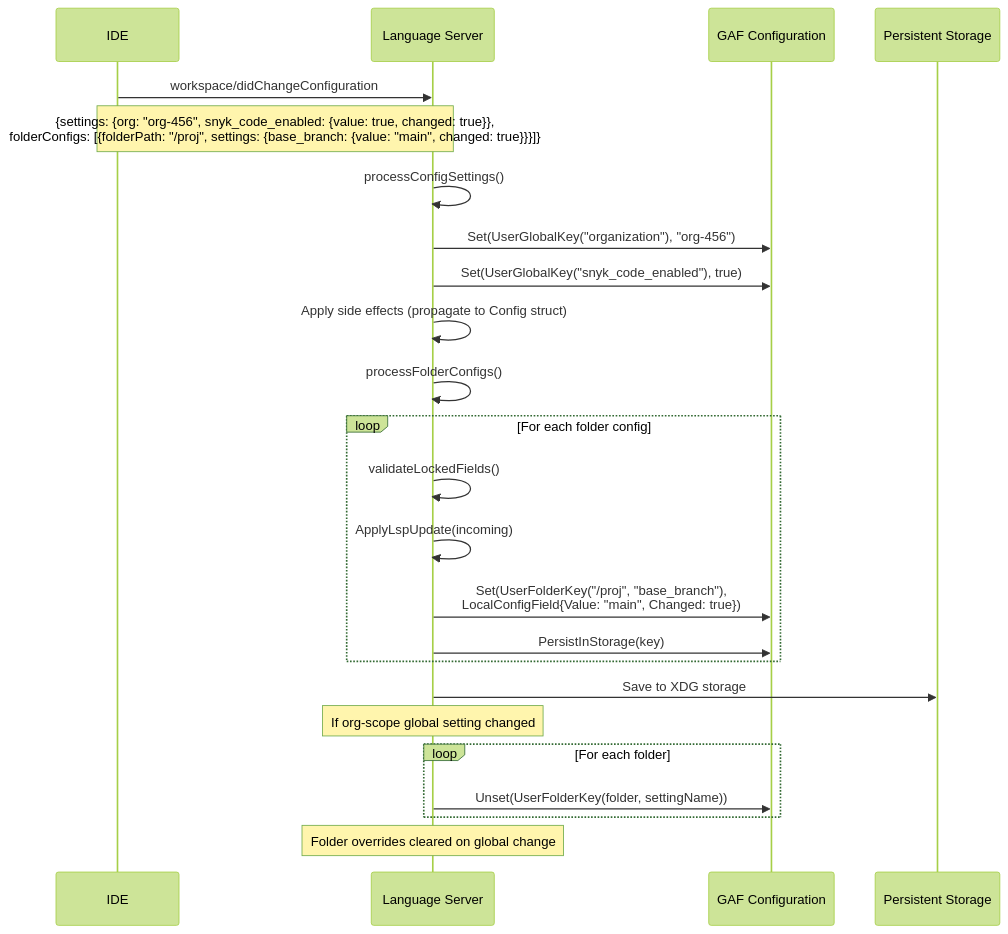
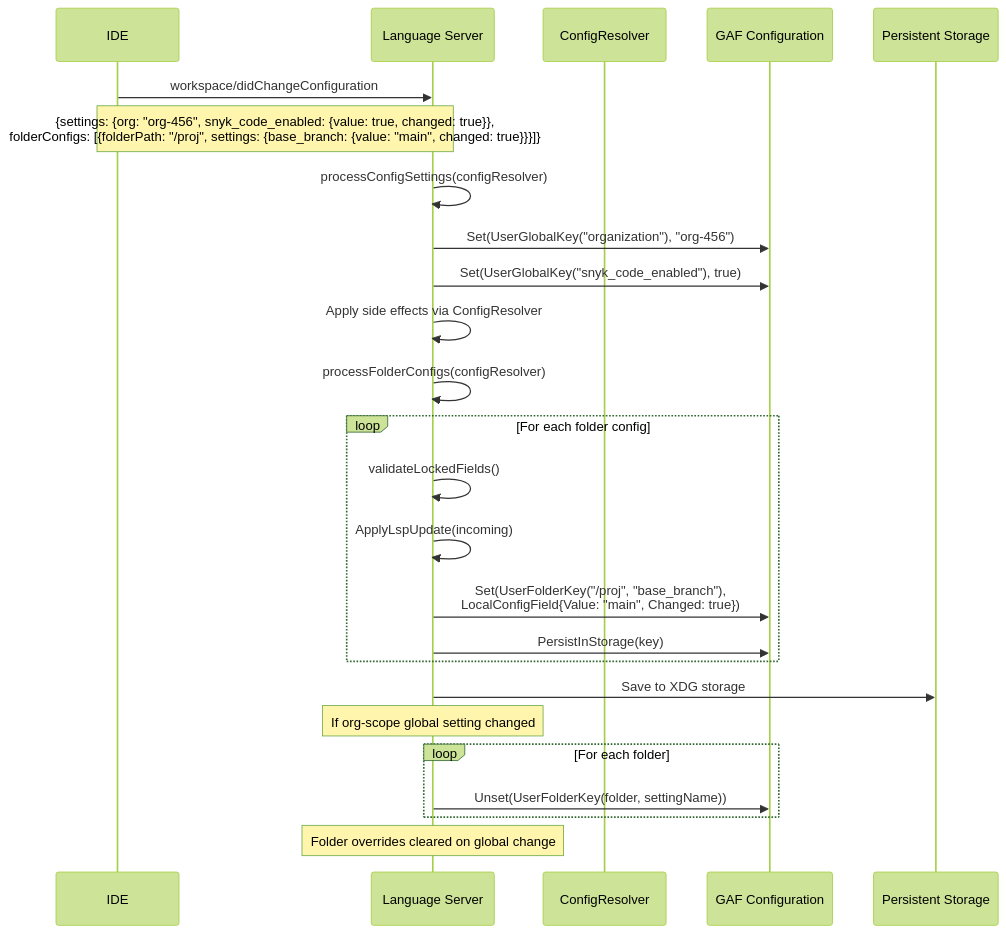
The seventh of 9 diagrams in docs/configuration.md (snyk/snyk-ls), drawn with Mermaid (forest theme) before and after one commit. The commit also changed other lines of this file and 2 other files, not shown here.

First line of the commit message:
docs(config): update configuration docs and flag counts [IDE-1786]

````diff
--- a/docs/configuration.md
+++ b/docs/configuration.md
@@ -396,31 +402,32 @@
 ```mermaid
 sequenceDiagram
     participant IDE
     participant LS as Language Server
+    participant CR as ConfigResolver
     participant Conf as GAF Configuration
     participant Store as Persistent Storage
 
     IDE->>LS: workspace/didChangeConfiguration
     Note over IDE,LS: {settings: {org: "org-456", snyk_code_enabled: {value: true, changed: true}},<br/>folderConfigs: [{folderPath: "/proj", settings: {base_branch: {value: "main", changed: true}}}]}
 
-    LS->>LS: processConfigSettings()
+    LS->>LS: processConfigSettings(configResolver)
     LS->>Conf: Set(UserGlobalKey("organization"), "org-456")
     LS->>Conf: Set(UserGlobalKey("snyk_code_enabled"), true)
-    LS->>LS: Apply side effects (propagate to Config struct)
+    LS->>LS: Apply side effects via ConfigResolver
 
-    LS->>LS: processFolderConfigs()
+    LS->>LS: processFolderConfigs(configResolver)
     loop For each folder config
         LS->>LS: validateLockedFields()
         LS->>LS: ApplyLspUpdate(incoming)
         LS->>Conf: Set(UserFolderKey("/proj", "base_branch"),<br/>LocalConfigField{Value: "main", Changed: true})
         LS->>Conf: PersistInStorage(key)
     end
 
     LS->>Store: Save to XDG storage
 
     Note over LS: If org-scope global setting changed
     loop For each folder
         LS->>Conf: Unset(UserFolderKey(folder, settingName))
     end
     Note over LS: Folder overrides cleared on global change
 ```
````
